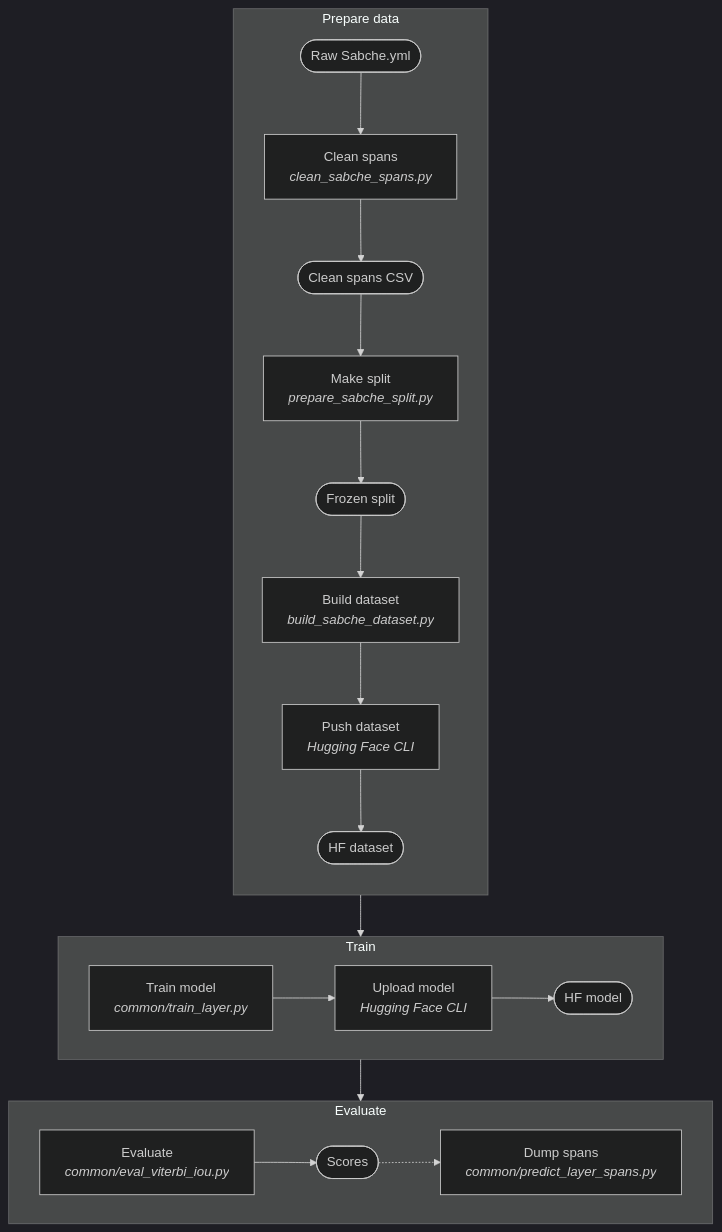
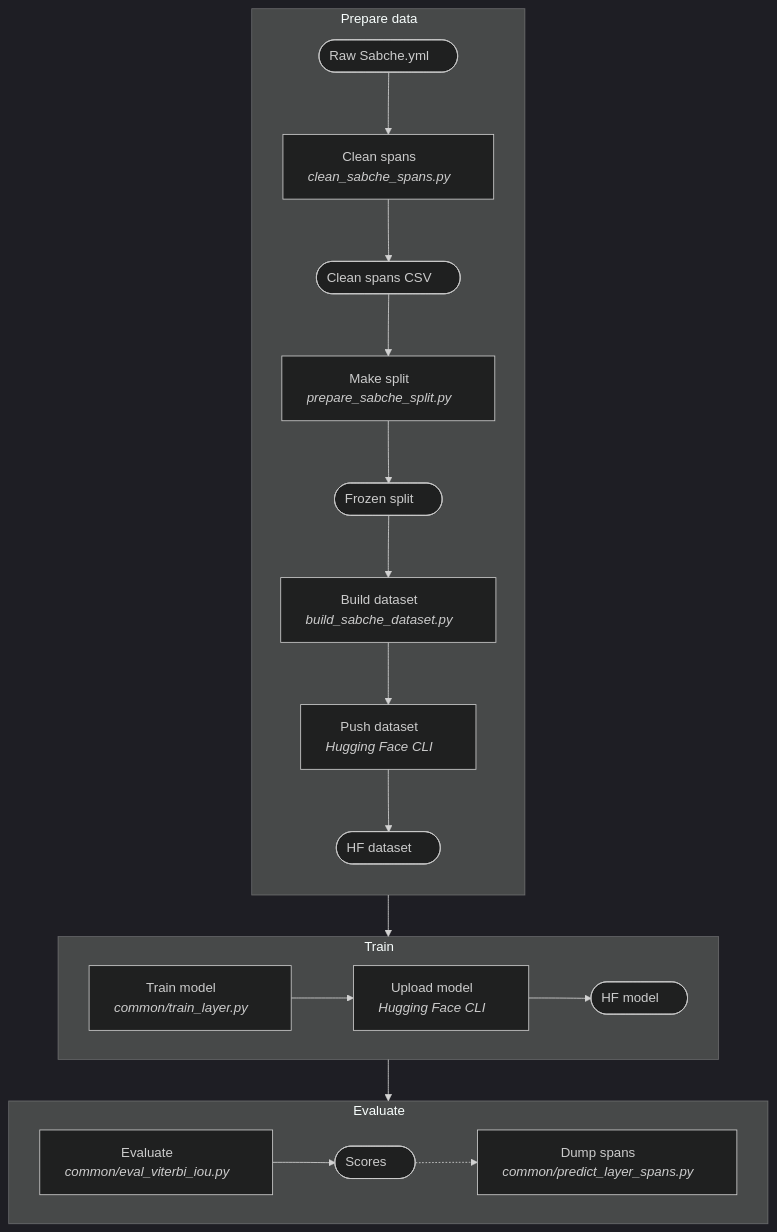
One commit to tenzinyonten/tibetan-layer-detection changed the diagram in sabche/README.md. Above: the diagram before and after it, drawn with Mermaid (dark theme). The commit also changed 8 other files, not shown here.

Commit message:
Add padding to flowchart labels so GitHub does not clip them

````diff
--- a/sabche/README.md
+++ b/sabche/README.md
@@ -30,25 +30,25 @@
 ```mermaid
 flowchart TD
-  subgraph PREP["Prepare data"]
+  subgraph PREP["Prepare data&nbsp;&nbsp;&nbsp;&nbsp;&nbsp;"]
     direction TB
-    F1(["Raw Sabche.yml"]) --> S1["Clean spans<br/><i>clean_sabche_spans.py</i>"]
-    S1 --> F2(["Clean spans CSV"])
-    F2 --> S2["Make split<br/><i>prepare_sabche_split.py</i>"]
-    S2 --> F3(["Frozen split"])
-    F3 --> S3["Build dataset<br/><i>build_sabche_dataset.py</i>"]
-    S3 --> S4["Push dataset<br/><i>Hugging Face CLI</i>"]
-    S4 --> F4(["HF dataset"])
+    F1(["Raw Sabche.yml&nbsp;&nbsp;&nbsp;&nbsp;&nbsp;"]) --> S1["Clean spans&nbsp;&nbsp;&nbsp;&nbsp;&nbsp;<br/><i>clean_sabche_spans.py&nbsp;&nbsp;&nbsp;&nbsp;&nbsp;</i>"]
+    S1 --> F2(["Clean spans CSV&nbsp;&nbsp;&nbsp;&nbsp;&nbsp;"])
+    F2 --> S2["Make split&nbsp;&nbsp;&nbsp;&nbsp;&nbsp;<br/><i>prepare_sabche_split.py&nbsp;&nbsp;&nbsp;&nbsp;&nbsp;</i>"]
+    S2 --> F3(["Frozen split&nbsp;&nbsp;&nbsp;&nbsp;&nbsp;"])
+    F3 --> S3["Build dataset&nbsp;&nbsp;&nbsp;&nbsp;&nbsp;<br/><i>build_sabche_dataset.py&nbsp;&nbsp;&nbsp;&nbsp;&nbsp;</i>"]
+    S3 --> S4["Push dataset&nbsp;&nbsp;&nbsp;&nbsp;&nbsp;<br/><i>Hugging Face CLI&nbsp;&nbsp;&nbsp;&nbsp;&nbsp;</i>"]
+    S4 --> F4(["HF dataset&nbsp;&nbsp;&nbsp;&nbsp;&nbsp;"])
   end
-  subgraph TRAIN["Train"]
+  subgraph TRAIN["Train&nbsp;&nbsp;&nbsp;&nbsp;&nbsp;"]
     direction LR
-    S5["Train model<br/><i>common/train_layer.py</i>"] --> S6["Upload model<br/><i>Hugging Face CLI</i>"]
-    S6 --> F5(["HF model"])
+    S5["Train model&nbsp;&nbsp;&nbsp;&nbsp;&nbsp;<br/><i>common/train_layer.py&nbsp;&nbsp;&nbsp;&nbsp;&nbsp;</i>"] --> S6["Upload model&nbsp;&nbsp;&nbsp;&nbsp;&nbsp;<br/><i>Hugging Face CLI&nbsp;&nbsp;&nbsp;&nbsp;&nbsp;</i>"]
+    S6 --> F5(["HF model&nbsp;&nbsp;&nbsp;&nbsp;&nbsp;"])
   end
-  subgraph EVAL["Evaluate"]
+  subgraph EVAL["Evaluate&nbsp;&nbsp;&nbsp;&nbsp;&nbsp;"]
     direction LR
-    S7["Evaluate<br/><i>common/eval_viterbi_iou.py</i>"] --> F6(["Scores"])
-    F6 -.-> S8["Dump spans<br/><i>common/predict_layer_spans.py</i>"]
+    S7["Evaluate&nbsp;&nbsp;&nbsp;&nbsp;&nbsp;<br/><i>common/eval_viterbi_iou.py&nbsp;&nbsp;&nbsp;&nbsp;&nbsp;</i>"] --> F6(["Scores&nbsp;&nbsp;&nbsp;&nbsp;&nbsp;"])
+    F6 -.-> S8["Dump spans&nbsp;&nbsp;&nbsp;&nbsp;&nbsp;<br/><i>common/predict_layer_spans.py&nbsp;&nbsp;&nbsp;&nbsp;&nbsp;</i>"]
   end
   PREP --> TRAIN
   TRAIN --> EVAL
 ```
````
